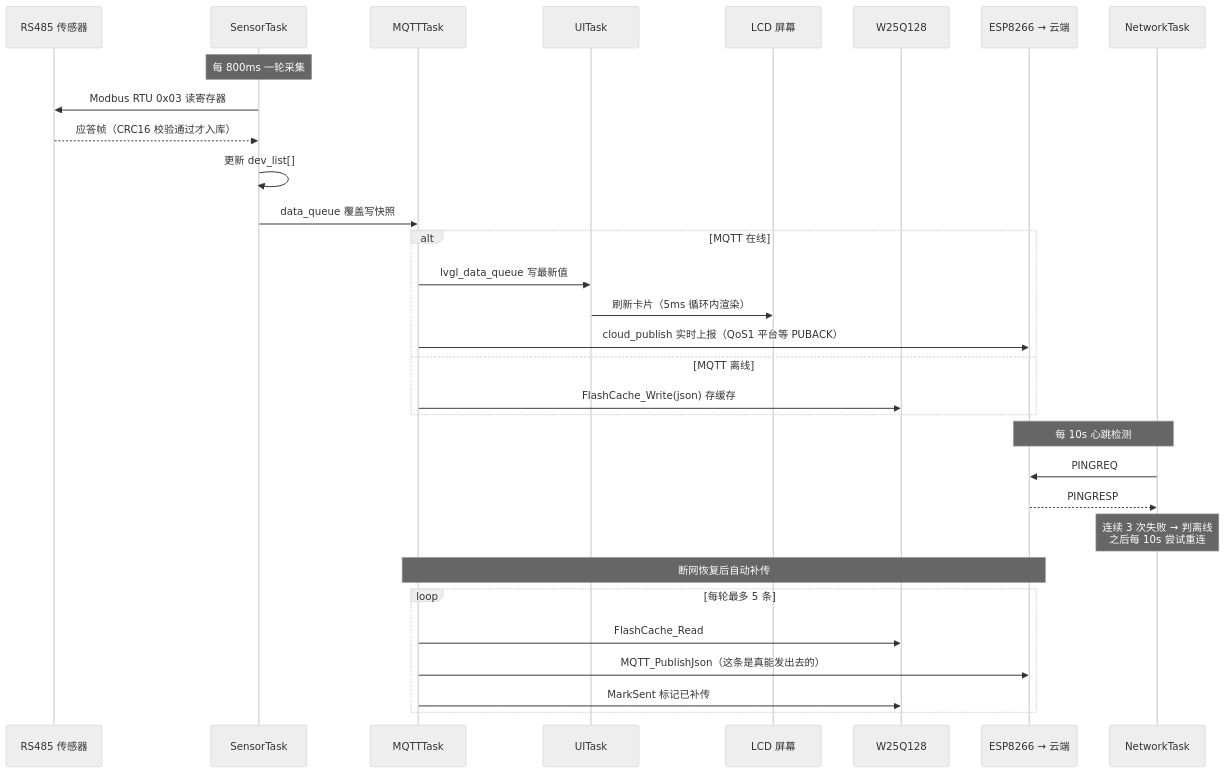
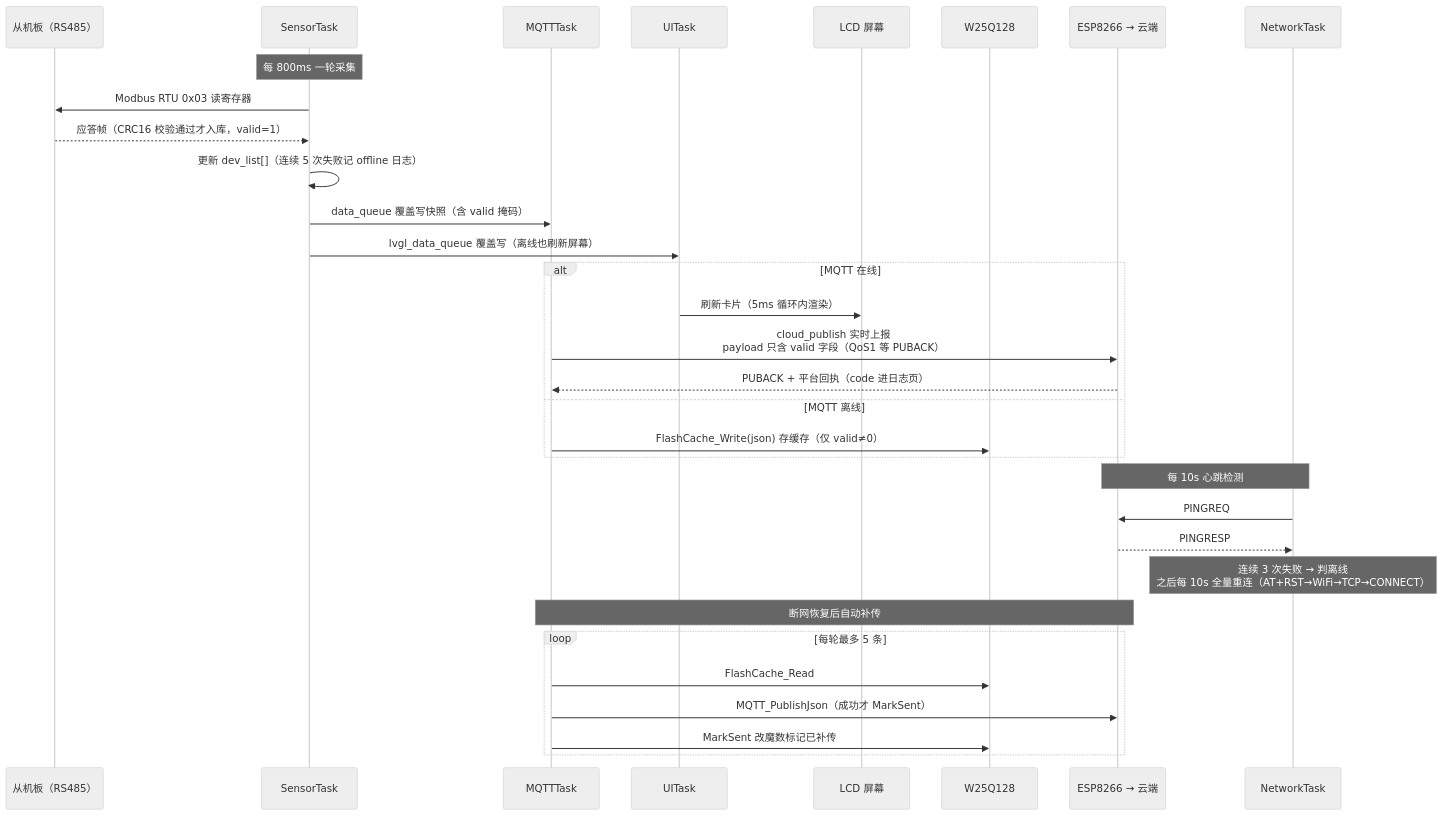
Before and after one commit to Lab0x-Embedded/industrial-edge-gateway: the second of 2 diagrams in docs/系统架构.md, drawn with Mermaid (neutral theme). The commit also changed other lines of this file and 1 other file, not shown here.

First line of the commit message:
docs(architecture): strict pass against current code; W25Q128 = 16MB

````diff
--- a/docs/系统架构.md
+++ b/docs/系统架构.md
@@ -85,37 +93,38 @@
 ```mermaid
 sequenceDiagram
-    participant SEN as RS485 传感器
+    participant SEN as 从机板（RS485）
     participant ST as SensorTask
     participant MT as MQTTTask
     participant UI as UITask
     participant LCD as LCD 屏幕
     participant FL as W25Q128
     participant ESP as ESP8266 → 云端
     participant NET as NetworkTask
 
     Note over ST: 每 800ms 一轮采集
     ST->>SEN: Modbus RTU 0x03 读寄存器
-    SEN-->>ST: 应答帧（CRC16 校验通过才入库）
-    ST->>ST: 更新 dev_list[]
-    ST->>MT: data_queue 覆盖写快照
+    SEN-->>ST: 应答帧（CRC16 校验通过才入库，valid=1）
+    ST->>ST: 更新 dev_list[]（连续 5 次失败记 offline 日志）
+    ST->>MT: data_queue 覆盖写快照（含 valid 掩码）
+    ST->>UI: lvgl_data_queue 覆盖写（离线也刷新屏幕）
 
     alt MQTT 在线
-        MT->>UI: lvgl_data_queue 写最新值
         UI->>LCD: 刷新卡片（5ms 循环内渲染）
-        MT->>ESP: cloud_publish 实时上报（QoS1 平台等 PUBACK）
+        MT->>ESP: cloud_publish 实时上报<br/>payload 只含 valid 字段（QoS1 等 PUBACK）
+        ESP-->>MT: PUBACK + 平台回执（code 进日志页）
     else MQTT 离线
-        MT->>FL: FlashCache_Write(json) 存缓存
+        MT->>FL: FlashCache_Write(json) 存缓存（仅 valid≠0）
     end
 
     Note over NET,ESP: 每 10s 心跳检测
     NET->>ESP: PINGREQ
     ESP-->>NET: PINGRESP
-    Note over NET: 连续 3 次失败 → 判离线<br/>之后每 10s 尝试重连
+    Note over NET: 连续 3 次失败 → 判离线<br/>之后每 10s 全量重连（AT+RST→WiFi→TCP→CONNECT）
 
     Note over MT,ESP: 断网恢复后自动补传
     loop 每轮最多 5 条
         MT->>FL: FlashCache_Read
-        MT->>ESP: MQTT_PublishJson（这条是真能发出去的）
-        MT->>FL: MarkSent 标记已补传
+        MT->>ESP: MQTT_PublishJson（成功才 MarkSent）
+        MT->>FL: MarkSent 改魔数标记已补传
     end
 ```
````
